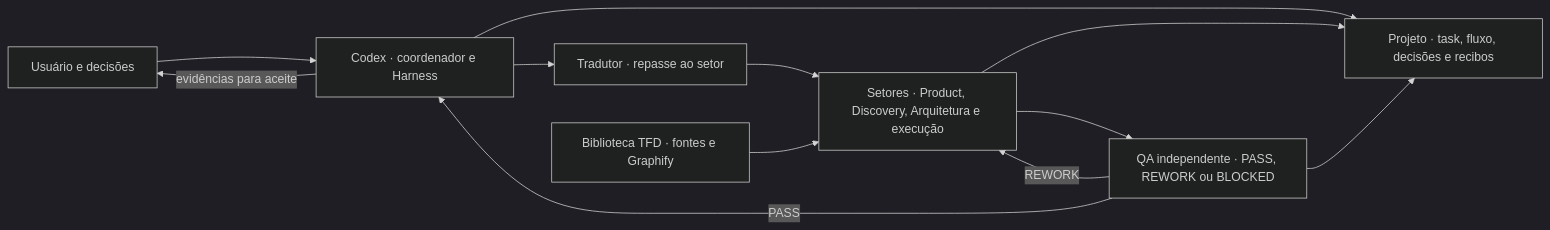
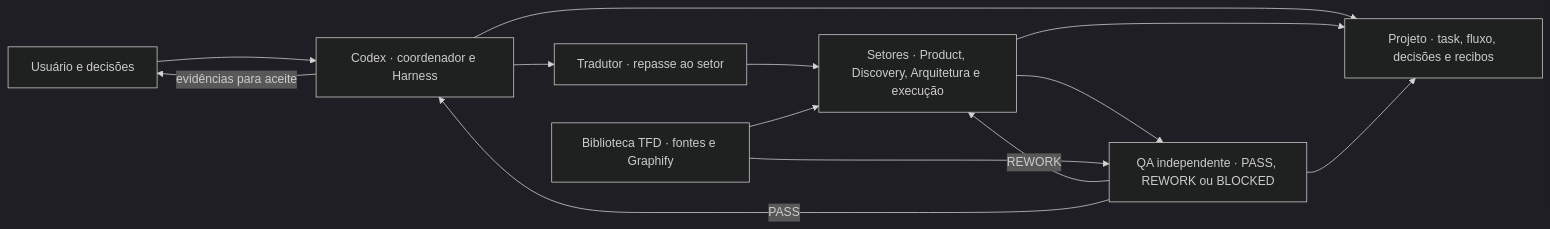
Before and after one commit to guilhermedemorais-dev/TFD: the diagram in README.md, drawn with Mermaid (dark theme). The commit also changed other lines of this file and 42 other files, not shown here.

````diff
--- a/README.md
+++ b/README.md
@@ -62,14 +62,15 @@
 ```mermaid
 flowchart LR
     U["Usuário e decisões"] --> H["Codex · coordenador e Harness"]
     H --> T["Tradutor · repasse ao setor"]
     T --> S["Setores · Product, Discovery, Arquitetura e execução"]
     S --> Q["QA independente · PASS, REWORK ou BLOCKED"]
     Q -->|REWORK| S
     Q -->|PASS| H
     H -->|evidências para aceite| U
     B["Biblioteca TFD · fontes e Graphify"] --> S
+    B --> Q
     H --> P["Projeto · task, fluxo, decisões e recibos"]
     S --> P
     Q --> P
 ```
````
